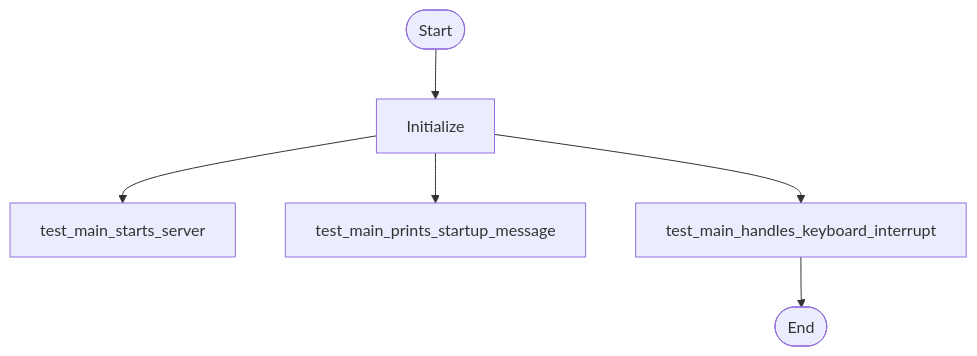
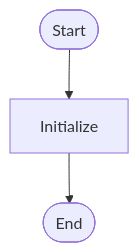
One commit to zepfu/llama-gguf-inference changed the first of 8 diagrams in docs/auto/ARCHITECTURE_AUTO.md. Above: the diagram before and after it, drawn with Mermaid. The commit also changed other lines of this file and 2 other files, not shown here.

````diff
--- a/docs/auto/ARCHITECTURE_AUTO.md
+++ b/docs/auto/ARCHITECTURE_AUTO.md
@@ -27,8 +27,5 @@
 ```mermaid
 flowchart TD
     Start([Start]) --> Init[Initialize]
-    Init --> testmainstartsserver[test_main_starts_server]
-    Init --> testmainprintsstartupmessage[test_main_prints_startup_message]
-    Init --> testmainhandleskeyboardinterrupt[test_main_handles_keyboard_interrupt]
-    testmainhandleskeyboardinterrupt --> End([End])
+    Init --> End([End])
 ```
````
